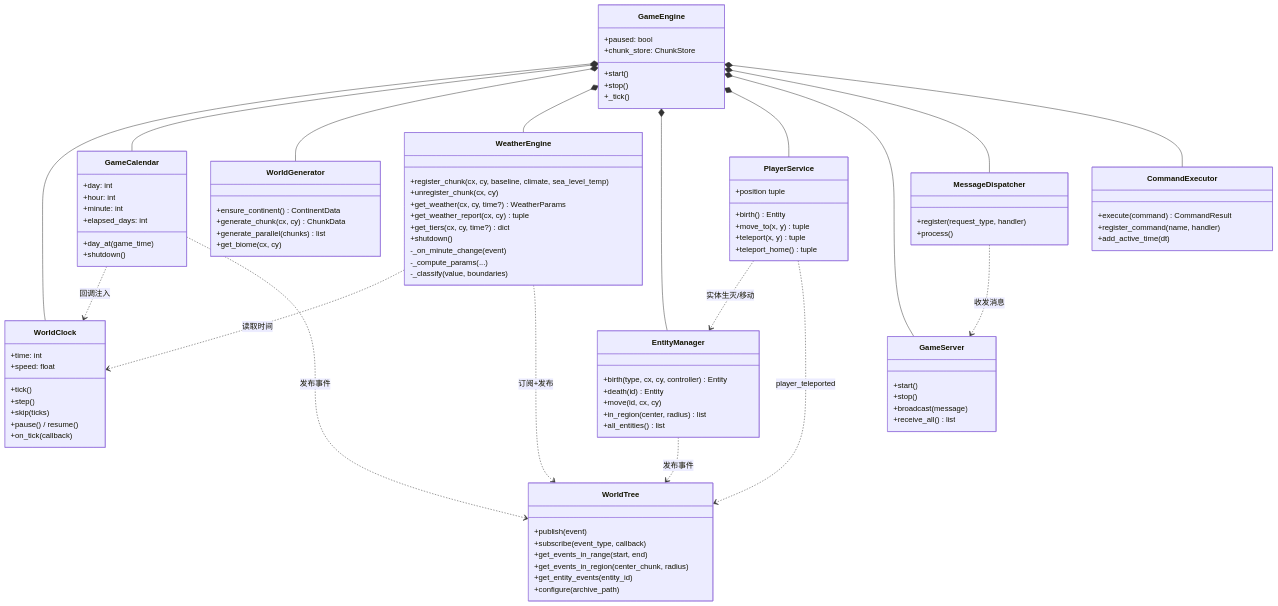
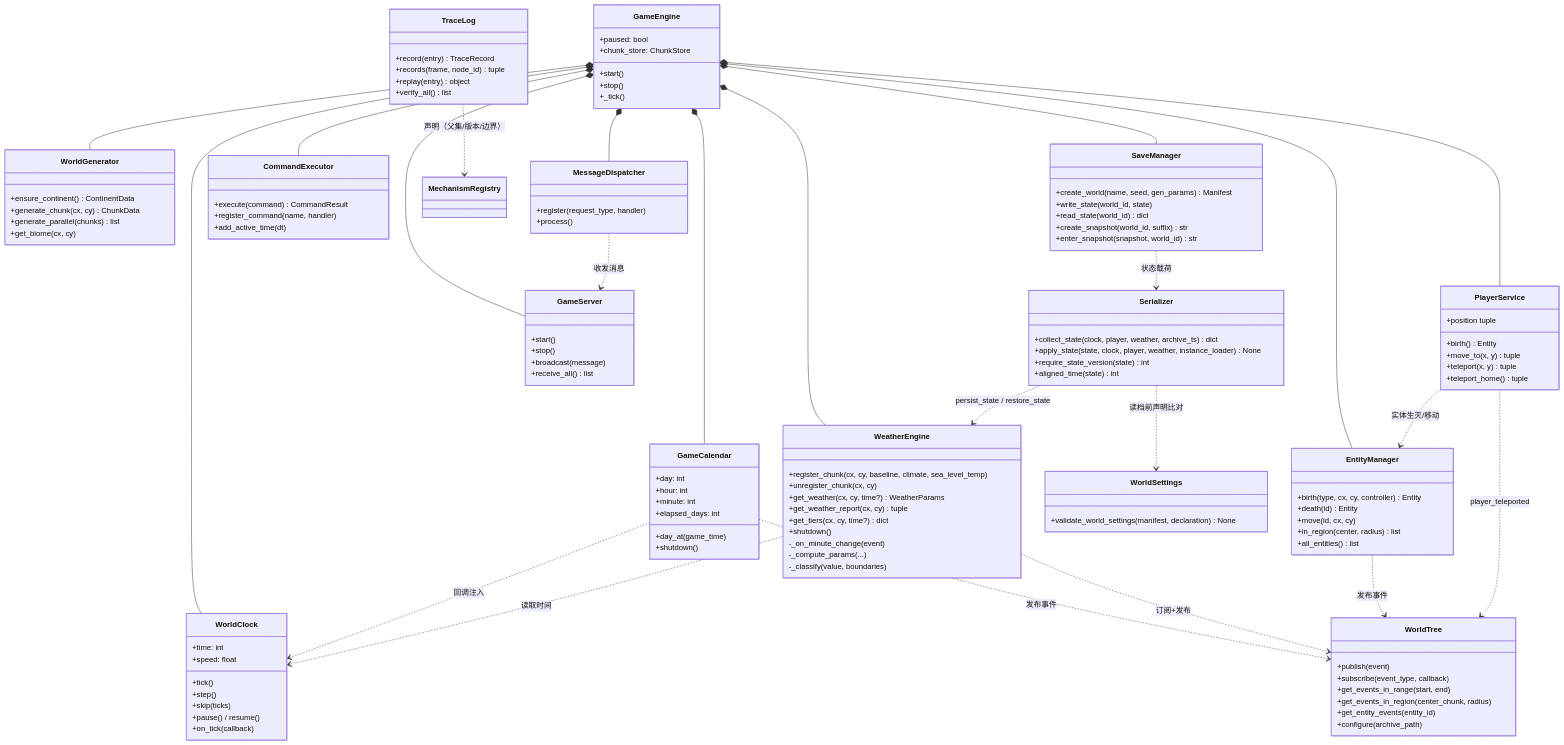
Before and after one commit to Jedidiah-Zhang/Ascend: the sixth of 6 diagrams in docs/diagrams/architecture.md, drawn with Mermaid. The commit also changed other lines of this file and 67 other files, not shown here.

````diff
--- a/docs/diagrams/architecture.md
+++ b/docs/diagrams/architecture.md
@@ -270,6 +286,32 @@
         +add_active_time(dt)
     }
 
+    class SaveManager {
+        +create_world(name, seed, gen_params) Manifest
+        +write_state(world_id, state)
+        +read_state(world_id) dict
+        +create_snapshot(world_id, suffix) str
+        +enter_snapshot(snapshot, world_id) str
+    }
+
+    class Serializer {
+        +collect_state(clock, player, weather, archive_ts) dict
+        +apply_state(state, clock, player, weather, instance_loader) None
+        +require_state_version(state) int
+        +aligned_time(state) int
+    }
+
+    class WorldSettings {
+        +validate_world_settings(manifest, declaration) None
+    }
+
+    class TraceLog {
+        +record(entry) TraceRecord
+        +records(frame, node_id) tuple
+        +replay(entry) object
+        +verify_all() list
+    }
+
     GameEngine *-- WorldClock
     GameEngine *-- GameCalendar
     GameEngine *-- WorldGenerator
@@ -279,6 +321,7 @@
     GameEngine *-- GameServer
     GameEngine *-- MessageDispatcher
     GameEngine *-- CommandExecutor
+    GameEngine *-- SaveManager
 
     GameCalendar ..> WorldClock : 回调注入
     GameCalendar ..> WorldTree : 发布事件
@@ -288,4 +331,8 @@
     PlayerService ..> EntityManager : 实体生灭/移动
     PlayerService ..> WorldTree : player_teleported
     MessageDispatcher ..> GameServer : 收发消息
+    TraceLog ..> MechanismRegistry : 声明（父集/版本/边界）
+    SaveManager ..> Serializer : 状态载荷
+    Serializer ..> WeatherEngine : persist_state / restore_state
+    Serializer ..> WorldSettings : 读档前声明比对
 ```
````
